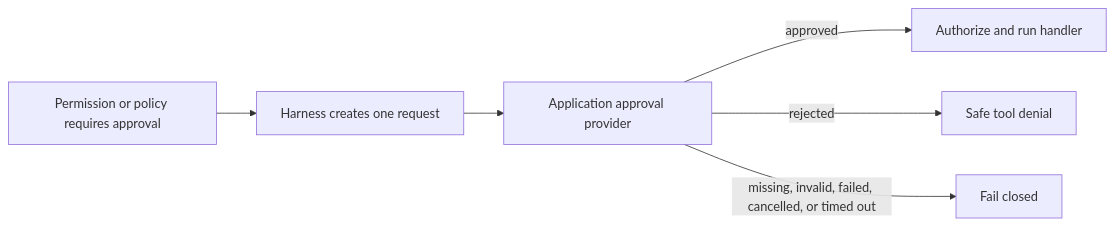
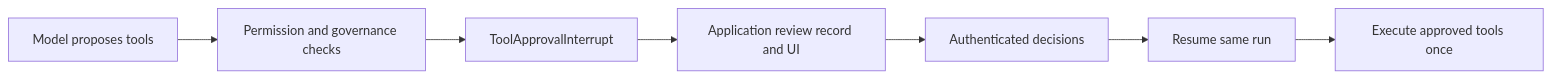
Before and after one commit to puristajs/purista: the diagram in web/src/content/handbook/harness/secure-and-govern/approval-and-audit.md, drawn with Mermaid. The commit also changed other lines of this file and 89 other files, not shown here.

````diff
--- a/web/src/content/handbook/harness/secure-and-govern/approval-and-audit.md
+++ b/web/src/content/handbook/harness/secure-and-govern/approval-and-audit.md
@@ -18,8 +12,9 @@
-```mermaid title="Immediate approval before a tool handler"
+```mermaid title="Durable tool approval flow"
 flowchart LR
-  demand[Permission or policy requires approval] --> request[Harness creates one request]
-  request --> provider[Application approval provider]
-  provider -->|approved| handler[Authorize and run handler]
-  provider -->|rejected| denied[Safe tool denial]
-  provider -->|missing, invalid, failed, cancelled, or timed out| failed[Fail closed]
+  model[Model proposes tools] --> policy[Permission and governance checks]
+  policy --> interrupt[ToolApprovalInterrupt]
+  interrupt --> app[Application review record and UI]
+  app --> decision[Authenticated decisions]
+  decision --> resume[Resume same run]
+  resume --> tools[Execute approved tools once]
 ```
````
